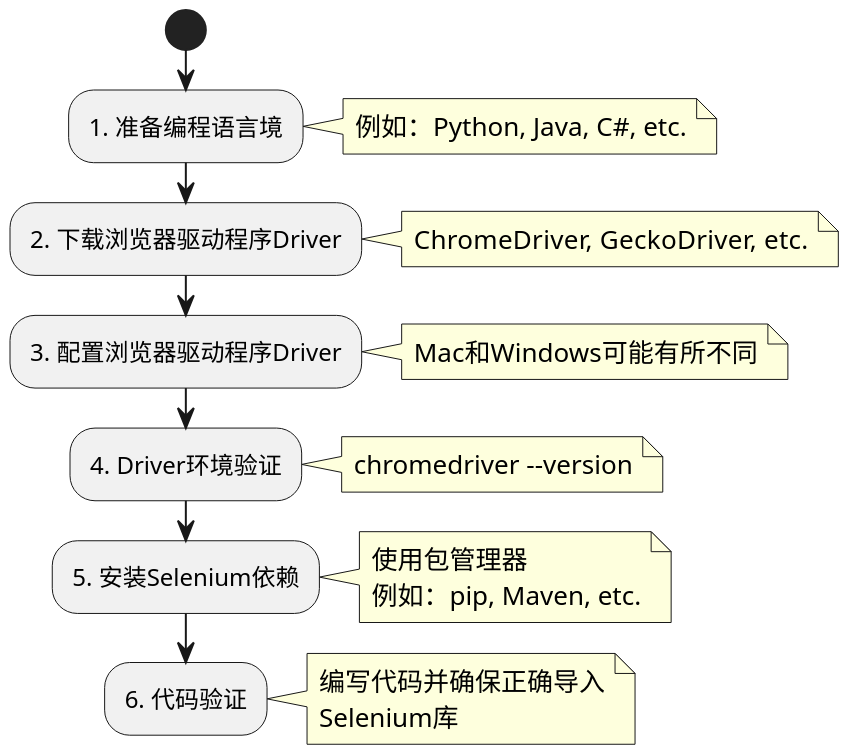
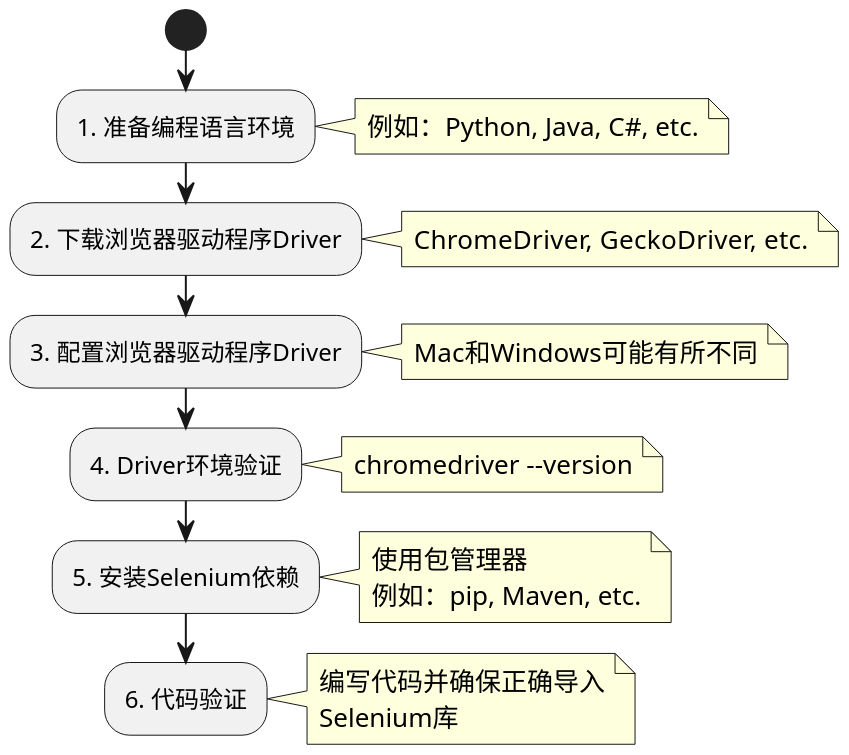
Before and after one commit to TesterDevSoul/encoding: the first of 3 diagrams in zh-cn/自动化/UI自动化/Web自动化/Selenium/3002A_SeleniumDriver安装.md, drawn with PlantUML. The commit also changed 10 other files, not shown here.

````diff
--- a/zh-cn/自动化/UI自动化/Web自动化/Selenium/3002A_SeleniumDriver安装.md
+++ b/zh-cn/自动化/UI自动化/Web自动化/Selenium/3002A_SeleniumDriver安装.md
@@ -10,25 +10,25 @@
 ```plantuml
 @startuml
 scale 2
 start
 
-:1. 准备编程语言境;
+:1. 准备编程语言环境;
 note right: 例如：Python, Java, C#, etc.
 
 :2. 下载浏览器驱动程序Driver;
 note right: ChromeDriver, GeckoDriver, etc.
 
 :3. 配置浏览器驱动程序Driver;
 note right: Mac和Windows可能有所不同
 
 :4. Driver环境验证;
 note right: chromedriver --version
 
 :5. 安装Selenium依赖;
 note right: 使用包管理器\n例如：pip, Maven, etc.
 
 :6. 代码验证;
 note right: 编写代码并确保正确导入\nSelenium库
 
 @enduml
 ```
````
